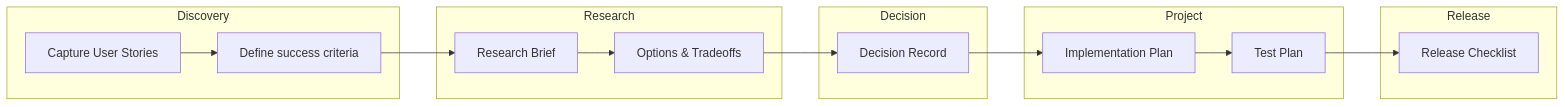
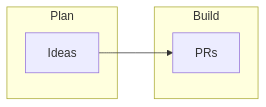
Before and after one commit to kentonium3/kg-automation: the diagram in docs/diagrams/lifecycle-swimlane.mmd, drawn with Mermaid. The commit also changed 8 other files, not shown here.

```diff
--- a/docs/diagrams/lifecycle-swimlane.mmd
+++ b/docs/diagrams/lifecycle-swimlane.mmd
@@ -1,22 +1,9 @@
-%% Title: Lifecycle Swimlane — Discovery to Release
+%% Lifecycle Swimlane (placeholder)
 flowchart LR
-  subgraph Discovery
-    D1[Capture User Stories]
-    D2[Define success criteria]
+  subgraph Plan
+  P1[Ideas]
   end
-  subgraph Research
-    R1[Research Brief]
-    R2[Options & Tradeoffs]
+  subgraph Build
+  B1[PRs]
   end
-  subgraph Decision
-    C1[Decision Record]
-  end
-  subgraph Project
-    P1[Implementation Plan]
-    P2[Test Plan]
-  end
-  subgraph Release
-    L1[Release Checklist]
-  end
-
-  D1 --> D2 --> R1 --> R2 --> C1 --> P1 --> P2 --> L1
+  P1 --> B1
```
